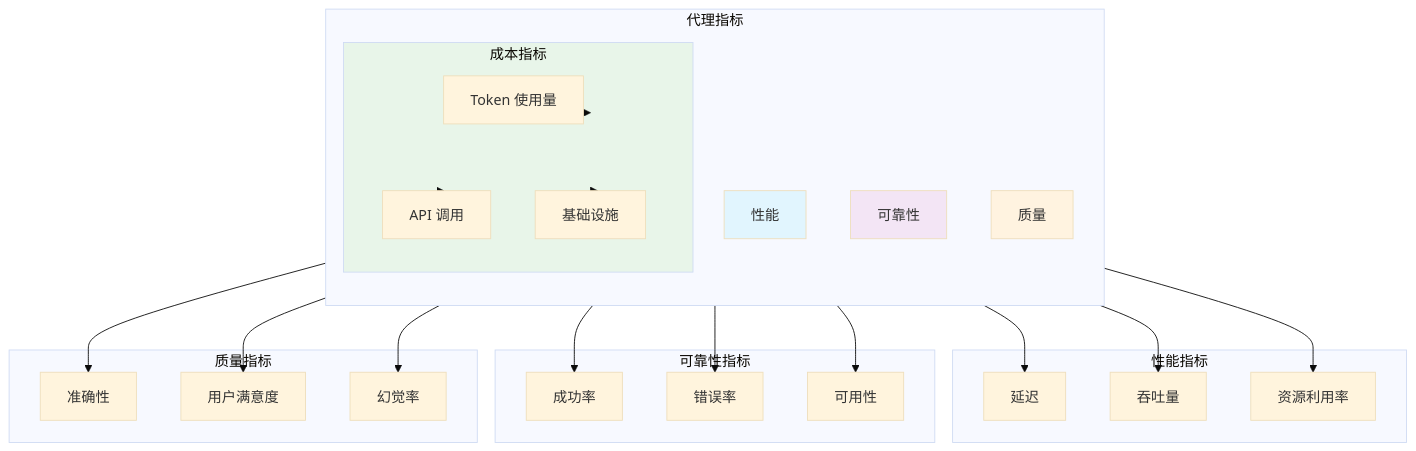
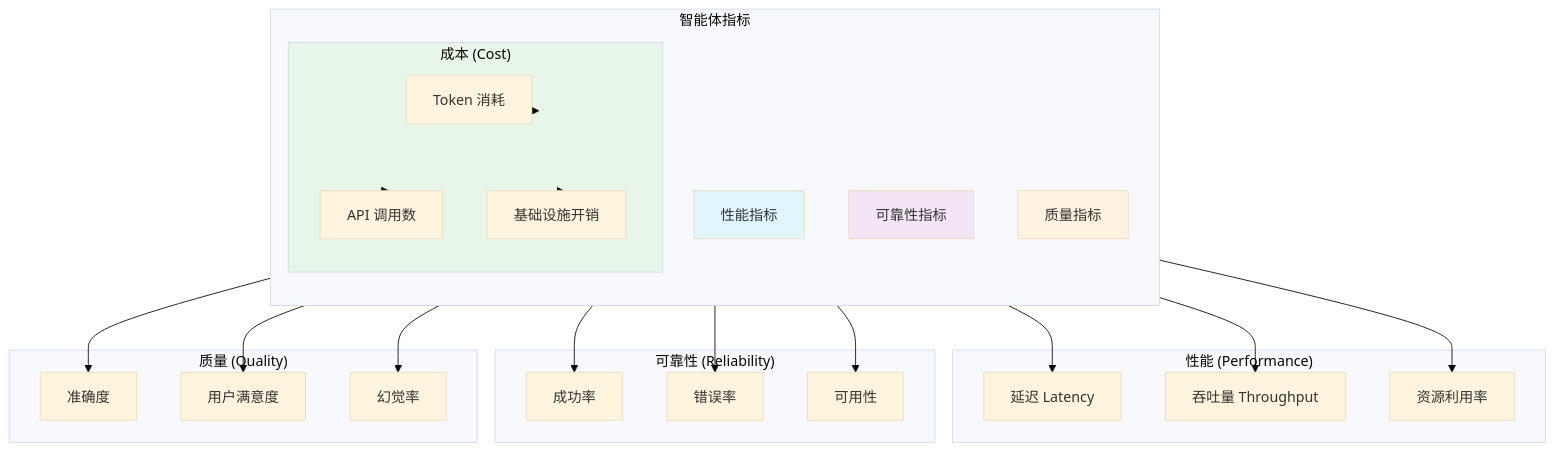
One commit to YiWang24/AiDIY changed the first of 2 diagrams in i18n/zh-Hans/docusaurus-plugin-content-docs/current/ai/harness-engineering/observability.mdx. Above: the diagram before and after it, drawn with Mermaid (base theme). The commit also changed other lines of this file and 59 other files, not shown here.

````diff
--- a/i18n/zh-Hans/docusaurus-plugin-content-docs/current/ai/harness-engineering/observability.mdx
+++ b/i18n/zh-Hans/docusaurus-plugin-content-docs/current/ai/harness-engineering/observability.mdx
@@ -20,55 +20,55 @@
 ```mermaid
 flowchart TB
-    subgraph Metrics["代理指标"]
+    subgraph Metrics["智能体指标"]
         direction TB
-        Perf[性能]
-        Rel[可靠性]
-        Cost[成本]
-        Qual[质量]
+        Perf[性能指标]
+        Rel[可靠性指标]
+        Cost[成本指标]
+        Qual[质量指标]
     end
 
-    subgraph Performance["性能指标"]
-        Lat[延迟]
-        Through[吞吐量]
+    subgraph Performance["性能 (Performance)"]
+        Lat[延迟 Latency]
+        Through[吞吐量 Throughput]
         Util[资源利用率]
     end
 
-    subgraph Reliability["可靠性指标"]
+    subgraph Reliability["可靠性 (Reliability)"]
         Success[成功率]
         Error[错误率]
         Avail[可用性]
     end
 
-    subgraph Cost["成本指标"]
-        Token[Token 使用量]
-        Api[API 调用]
-        Infra[基础设施]
+    subgraph Cost["成本 (Cost)"]
+        Token[Token 消耗]
+        Api[API 调用数]
+        Infra[基础设施开销]
     end
 
-    subgraph Quality["质量指标"]
-        Acc[准确性]
+    subgraph Quality["质量 (Quality)"]
+        Acc[准确度]
         Sat[用户满意度]
         Halluc[幻觉率]
     end
 
     Perf --> Lat
     Perf --> Through
     Perf --> Util
 
     Rel --> Success
     Rel --> Error
     Rel --> Avail
 
     Cost --> Token
     Cost --> Api
     Cost --> Infra
 
     Qual --> Acc
     Qual --> Sat
     Qual --> Halluc
 
     style Perf fill:#e1f5fe
     style Rel fill:#f3e5f5
     style Cost fill:#e8f5e9
     style Qual fill:#fff3e0
 ```
````
